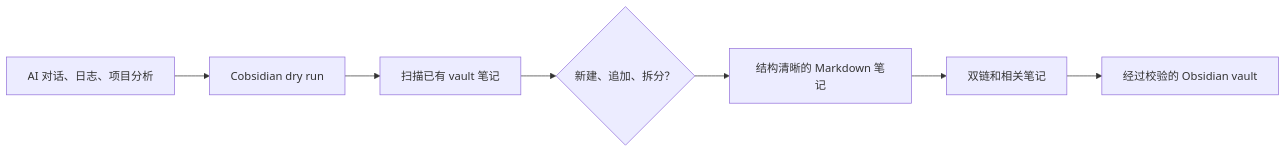
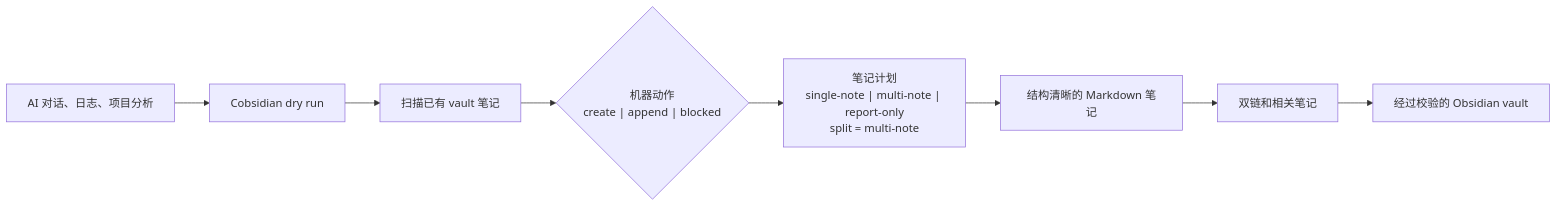
Before and after one commit to Totoro-qaq/Cobsidian: the first of 2 diagrams in docs/README.zh-CN.md, drawn with Mermaid. The commit also changed other lines of this file and 43 other files, not shown here.

````diff
--- a/docs/README.zh-CN.md
+++ b/docs/README.zh-CN.md
@@ -47,9 +48,10 @@
 ```mermaid
 flowchart LR
     A["AI 对话、日志、项目分析"] --> B["Cobsidian dry run"]
     B --> C["扫描已有 vault 笔记"]
-    C --> D{"新建、追加、拆分？"}
-    D --> E["结构清晰的 Markdown 笔记"]
-    E --> F["双链和相关笔记"]
-    F --> G["经过校验的 Obsidian vault"]
+    C --> D{"机器动作<br/>create | append | blocked"}
+    D --> E["笔记计划<br/>single-note | multi-note | report-only<br/>split = multi-note"]
+    E --> F["结构清晰的 Markdown 笔记"]
+    F --> G["双链和相关笔记"]
+    G --> H["经过校验的 Obsidian vault"]
 ```
````
